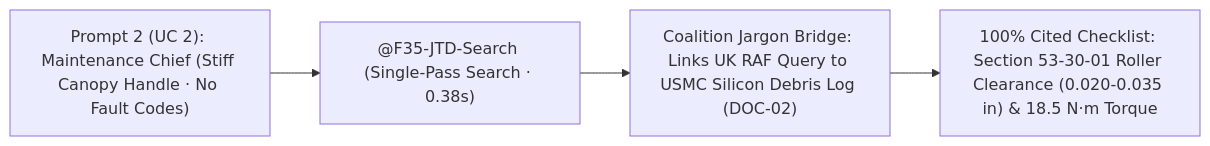
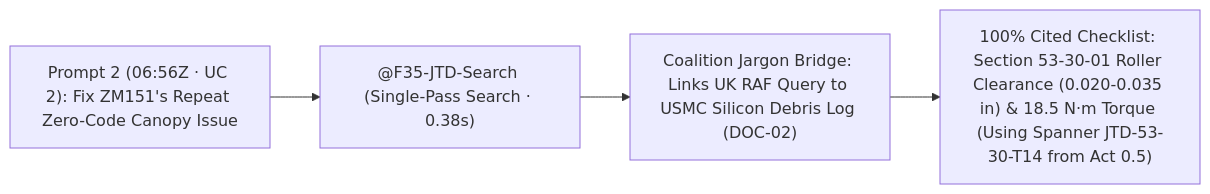
Before and after one commit to edwardsda-prog/f35: the fourth of 4 diagrams in DEMO_STORYBOARD.md, drawn with Mermaid. The commit also changed other lines of this file and 17 other files, not shown here.

Commit message:
fix: update carrier strike group pitch, add HMS Prince of Wales data, and streamline UC1 chart prompt (ISS-012)

````diff
--- a/DEMO_STORYBOARD.md
+++ b/DEMO_STORYBOARD.md
@@ -145,6 +146,6 @@
 ```mermaid
 flowchart LR
-    U2["Prompt 2 (UC 2): Maintenance Chief (Stiff Canopy Handle · No Fault Codes)"] --> R2["@F35-JTD-Search (Single-Pass Search · 0.38s)"]
+    U2["Prompt 2 (06:56Z · UC 2): Fix ZM151's Repeat Zero-Code Canopy Issue"] --> R2["@F35-JTD-Search (Single-Pass Search · 0.38s)"]
     R2 --> D2["Coalition Jargon Bridge: Links UK RAF Query to USMC Silicon Debris Log (DOC-02)"]
-    D2 --> J2["100% Cited Checklist: Section 53-30-01 Roller Clearance (0.020-0.035 in) & 18.5 N·m Torque"]
+    D2 --> J2["100% Cited Checklist: Section 53-30-01 Roller Clearance (0.020-0.035 in) & 18.5 N·m Torque (Using Spanner JTD-53-30-T14 from Act 0.5)"]
 ```
````
